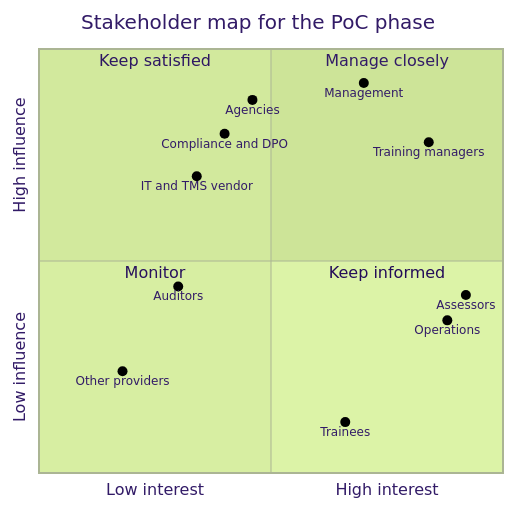
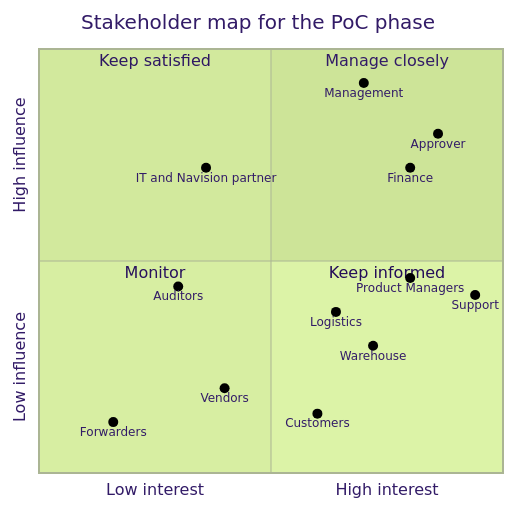
The diagram in docs/problem-statement.md (xiu2809xiu-rgb/sccci-innovation-project), drawn with Mermaid (forest theme) before and after one commit. The commit also changed other lines of this file and 2 other files, not shown here.

````diff
--- a/docs/problem-statement.md
+++ b/docs/problem-statement.md
@@ -81,20 +111,22 @@
 ```mermaid
 quadrantChart
     title Stakeholder map for the PoC phase
     x-axis Low interest --> High interest
     y-axis Low influence --> High influence
     quadrant-1 Manage closely
     quadrant-2 Keep satisfied
     quadrant-3 Monitor
     quadrant-4 Keep informed
-    Training managers: [0.84, 0.78]
+    Approver: [0.86, 0.80]
+    Finance: [0.80, 0.72]
     Management: [0.70, 0.92]
-    Agencies: [0.46, 0.88]
-    Compliance and DPO: [0.40, 0.80]
-    IT and TMS vendor: [0.34, 0.70]
-    Assessors: [0.92, 0.42]
-    Operations: [0.88, 0.36]
-    Trainees: [0.66, 0.12]
+    IT and Navision partner: [0.36, 0.72]
+    Support: [0.94, 0.42]
+    Product Managers: [0.80, 0.46]
+    Warehouse: [0.72, 0.30]
+    Logistics: [0.64, 0.38]
+    Customers: [0.60, 0.14]
     Auditors: [0.30, 0.44]
-    Other providers: [0.18, 0.24]
+    Vendors: [0.40, 0.20]
+    Forwarders: [0.16, 0.12]
 ```
````
